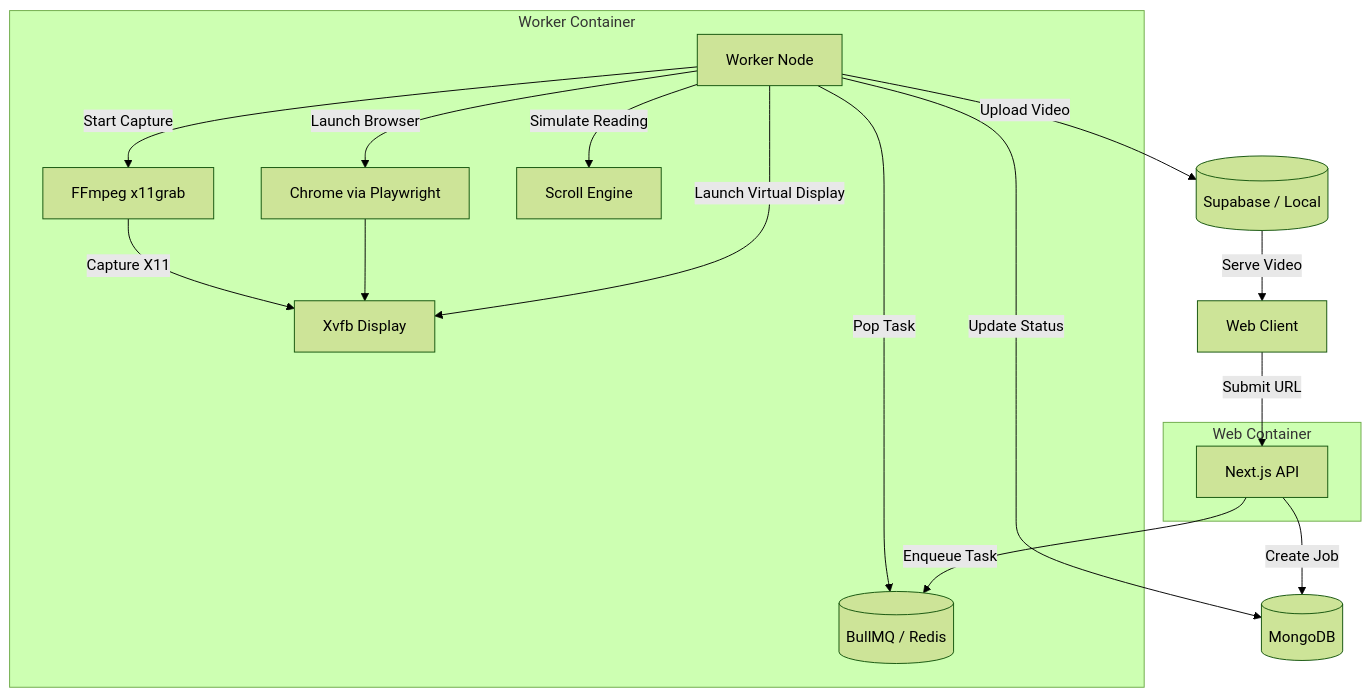
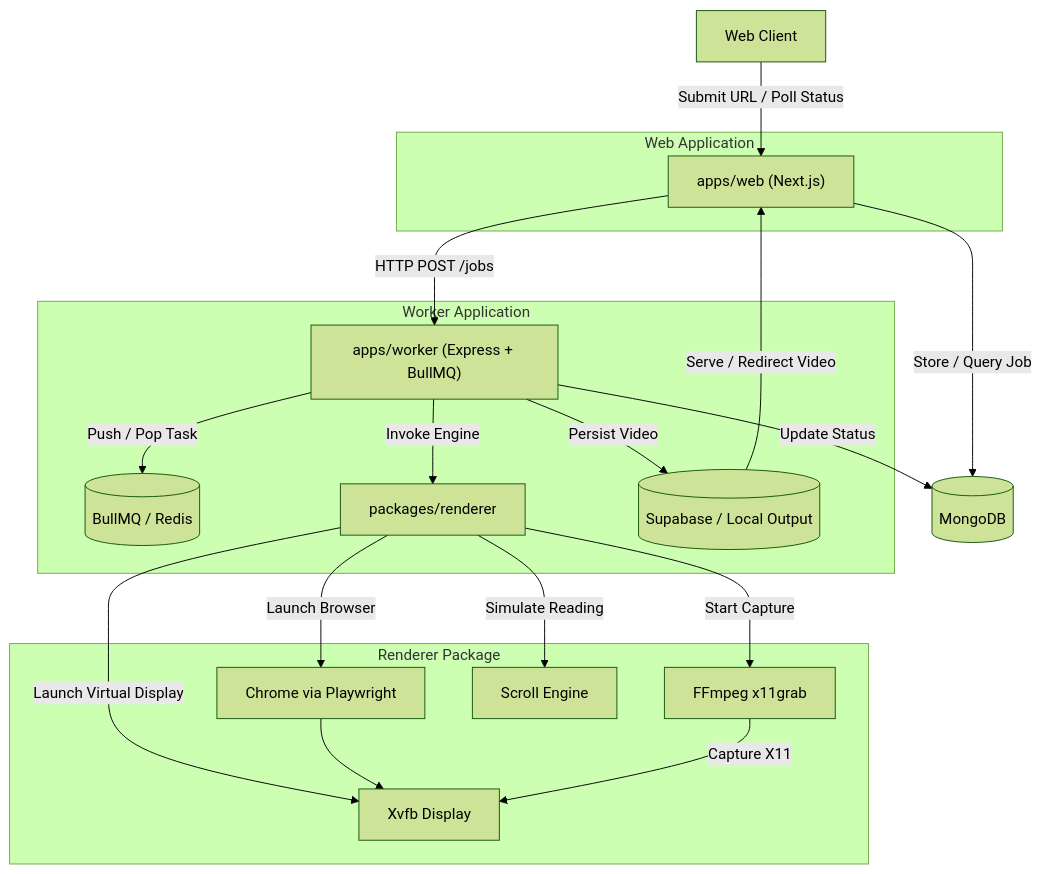
The diagram in README.md (M-SaaD-H/presently), drawn with Mermaid (forest theme) before and after one commit. The commit also changed other lines of this file, not shown here.

Commit message:
docs: update README for pnpm monorepo architecture

````diff
--- a/README.md
+++ b/README.md
@@ -15,26 +15,29 @@
 ```mermaid
 graph TD
-    Client[Web Client] -->|Submit URL| NextJS[Next.js API]
-    NextJS -->|Create Job| MongoDB[(MongoDB)]
-    NextJS -->|Enqueue Task| RedisQueue[(BullMQ / Redis)]
+    Client[Web Client] -->|Submit URL / Poll Status| WebApp["apps/web (Next.js)"]
+    WebApp -->|Store / Query Job| MongoDB[(MongoDB)]
+    WebApp -->|HTTP POST /jobs| WorkerApp["apps/worker (Express + BullMQ)"]
     
-    subgraph Web Container
-        NextJS
+    subgraph Web Application
+        WebApp
     end
     
-    subgraph Worker Container
-        WorkerInstance[Worker Node]
-        WorkerInstance -->|Pop Task| RedisQueue
-        WorkerInstance -->|Launch Virtual Display| Xvfb[Xvfb Display]
-        WorkerInstance -->|Launch Browser| Chrome[Chrome via Playwright]
-        WorkerInstance -->|Start Capture| FFmpeg[FFmpeg x11grab]
-        WorkerInstance -->|Simulate Reading| Scroller[Scroll Engine]
+    subgraph Worker Application
+        WorkerApp -->|Push / Pop Task| RedisQueue[(BullMQ / Redis)]
+        WorkerApp -->|Invoke Engine| RendererPkg["packages/renderer"]
+        WorkerApp -->|Persist Video| Storage[(Supabase / Local Output)]
+    end
+
+    subgraph Renderer Package
+        RendererPkg -->|Launch Virtual Display| Xvfb[Xvfb Display]
+        RendererPkg -->|Launch Browser| Chrome[Chrome via Playwright]
+        RendererPkg -->|Start Capture| FFmpeg[FFmpeg x11grab]
+        RendererPkg -->|Simulate Reading| Scroller[Scroll Engine]
         
         Chrome --> Xvfb
         FFmpeg -->|Capture X11| Xvfb
     end
     
-    WorkerInstance -->|Update Status| MongoDB
-    WorkerInstance -->|Upload Video| Storage[(Supabase / Local)]
-    Storage -->|Serve Video| Client
+    WorkerApp -->|Update Status| MongoDB
+    Storage -->|Serve / Redirect Video| WebApp
 ```
````
